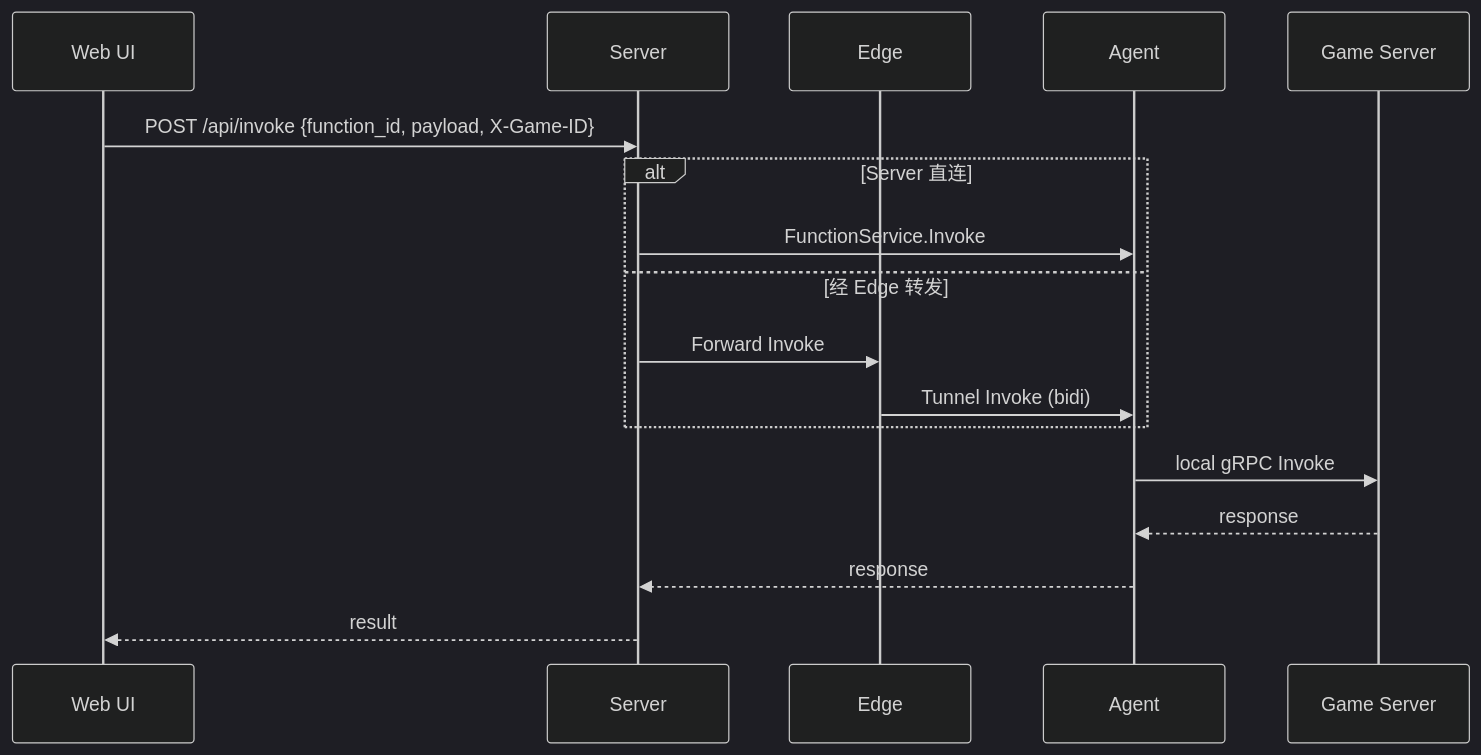
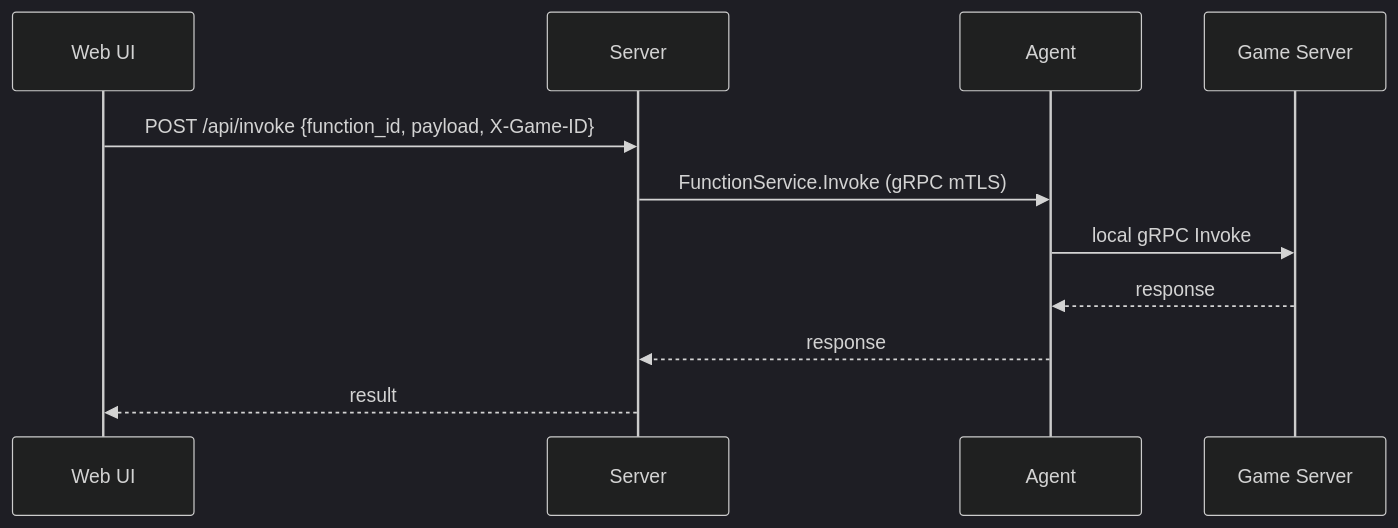
Before and after one commit to cuihairu/croupier: the second of 2 diagrams in README.md, drawn with Mermaid (dark theme). The commit also changed other lines of this file and 15 other files, not shown here.

````diff
--- a/README.md
+++ b/README.md
@@ -137,20 +133,14 @@
 ```mermaid
 sequenceDiagram
   participant UI as Web UI
   participant Server as Server
-  participant Edge as Edge
   participant Agent as Agent
   participant GS as Game Server
 
   UI->>Server: POST /api/invoke {function_id, payload, X-Game-ID}
-  alt Server 直连
-    Server->>Agent: FunctionService.Invoke
-  else 经 Edge 转发
-    Server->>Edge: Forward Invoke
-    Edge->>Agent: Tunnel Invoke (bidi)
-  end
+  Server->>Agent: FunctionService.Invoke (gRPC mTLS)
   Agent->>GS: local gRPC Invoke
   GS-->>Agent: response
   Agent-->>Server: response
   Server-->>UI: result
 ```
````
